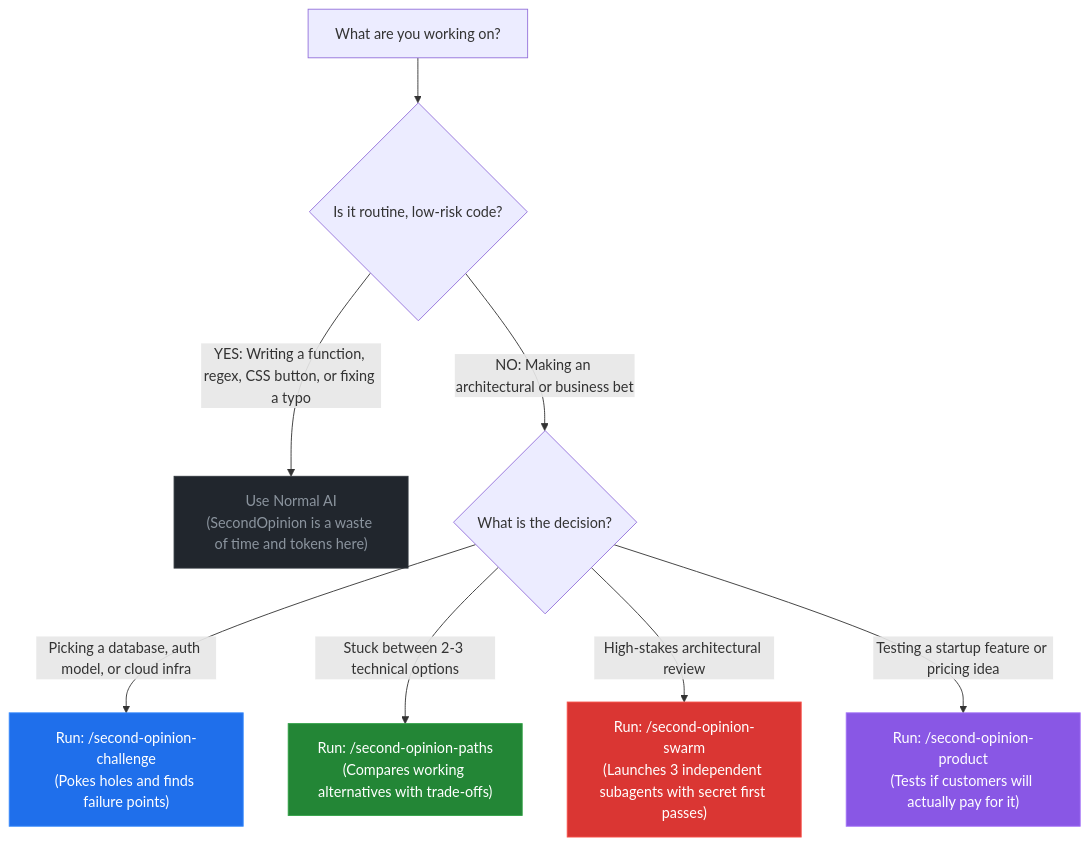
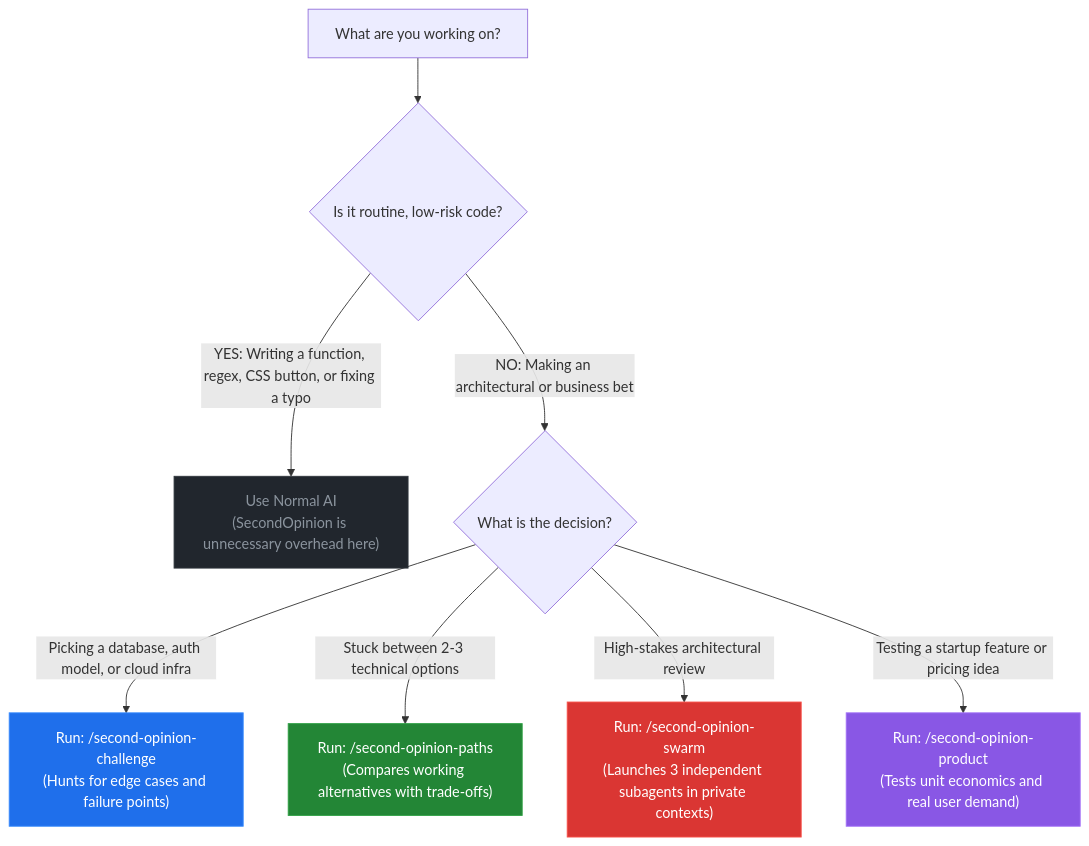
Before and after one commit to SvayMonirath/second-opionion: the first of 2 diagrams in README.md, drawn with Mermaid. The commit also changed other lines of this file and 5 other files, not shown here.

Commit message:
docs: add real 10-task empirical benchmark results and high-res chart

````diff
--- a/README.md
+++ b/README.md
@@ -13,19 +45,19 @@
 ```mermaid
 flowchart TD
     A["What are you working on?"] --> B{"Is it routine, low-risk code?"}
     
-    B -- "YES: Writing a function, regex, CSS button, or fixing a typo" --> C["Use Normal AI<br/>(SecondOpinion is a waste of time and tokens here)"]
+    B -- "YES: Writing a function, regex, CSS button, or fixing a typo" --> C["Use Normal AI<br/>(SecondOpinion is unnecessary overhead here)"]
     
     B -- "NO: Making an architectural or business bet" --> D{"What is the decision?"}
     
-    D -- "Picking a database, auth model, or cloud infra" --> E["Run: /second-opinion-challenge<br/>(Pokes holes and finds failure points)"]
+    D -- "Picking a database, auth model, or cloud infra" --> E["Run: /second-opinion-challenge<br/>(Hunts for edge cases and failure points)"]
     D -- "Stuck between 2-3 technical options" --> F["Run: /second-opinion-paths<br/>(Compares working alternatives with trade-offs)"]
-    D -- "High-stakes architectural review" --> G["Run: /second-opinion-swarm<br/>(Launches 3 independent subagents with secret first passes)"]
-    D -- "Testing a startup feature or pricing idea" --> H["Run: /second-opinion-product<br/>(Tests if customers will actually pay for it)"]
+    D -- "High-stakes architectural review" --> G["Run: /second-opinion-swarm<br/>(Launches 3 independent subagents in private contexts)"]
+    D -- "Testing a startup feature or pricing idea" --> H["Run: /second-opinion-product<br/>(Tests unit economics and real user demand)"]
     
     style C fill:#21262d,stroke:#30363d,color:#8b949e
     style E fill:#1f6feb,stroke:#388bfd,color:#ffffff
     style F fill:#238636,stroke:#2ea043,color:#ffffff
     style G fill:#da3633,stroke:#f85149,color:#ffffff
     style H fill:#8957e5,stroke:#a371f7,color:#ffffff
 ```
````
